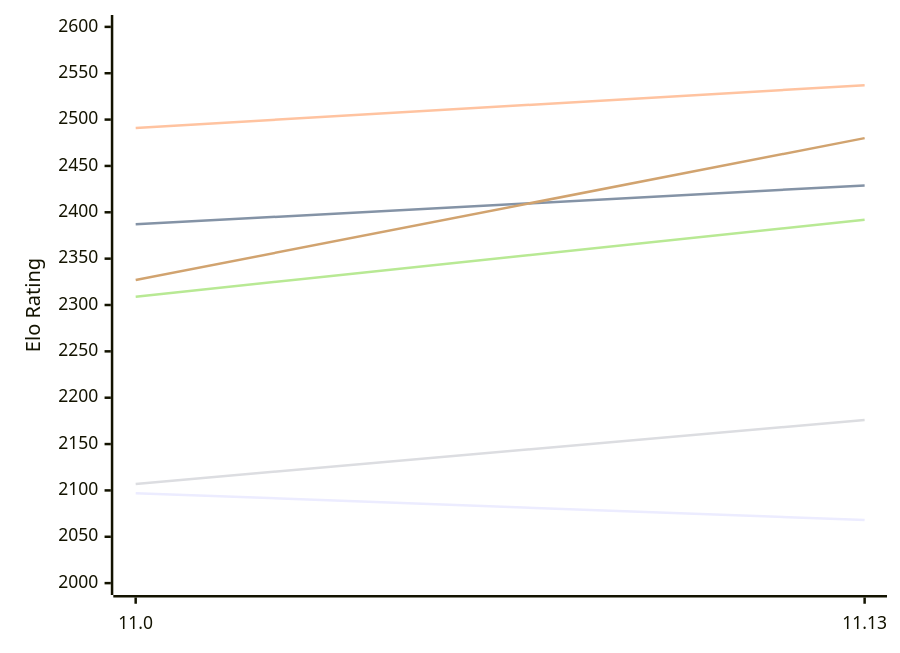
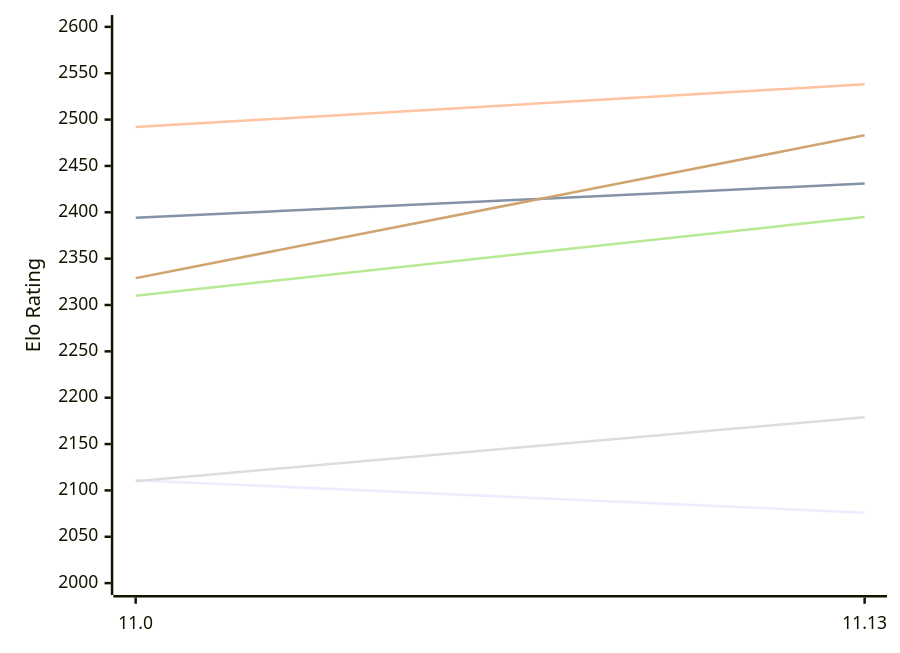
Before and after one commit to computer-chess-index/cci: the diagram in engines/Liora.md, drawn with Mermaid. The commit also changed other lines of this file, not shown here.

Commit message:
Update CCI Ratings (ELO VLTC) - 2026-11-24

````diff
--- a/engines/Liora.md
+++ b/engines/Liora.md
@@ -49,12 +49,12 @@
 ```mermaid
 %%{init: {"theme":"base","themeVariables":{"seriesColors:['#a3a3a3','#222221','#faa371']}}}%%
 xychart-beta
   x-axis ["11.0", "11.13"]
   y-axis "Elo Rating" 2000 --> 2600
-  line "E1: STC (8.0+0.08s)" [2097, 2068]
-  line "E1: LTC (60.0+0.60s)" [2387, 2429]
-  line "E1: VLTC (2m24s+1.12s)" [2491, 2537]
-  line "P1: STC (8.0+0.08s)" [2107, 2176]
-  line "P1: LTC (60.0+0.60s)" [2309, 2392]
-  line "P1: VLTC (2m24s+1.12s)" [2327, 2480]
+  line "E1: STC (8.0+0.08s)" [2111, 2076]
+  line "E1: LTC (60.0+0.60s)" [2394, 2431]
+  line "E1: VLTC (2m24s+1.12s)" [2492, 2538]
+  line "P1: STC (8.0+0.08s)" [2110, 2179]
+  line "P1: LTC (60.0+0.60s)" [2310, 2395]
+  line "P1: VLTC (2m24s+1.12s)" [2329, 2483]
 ```
````
